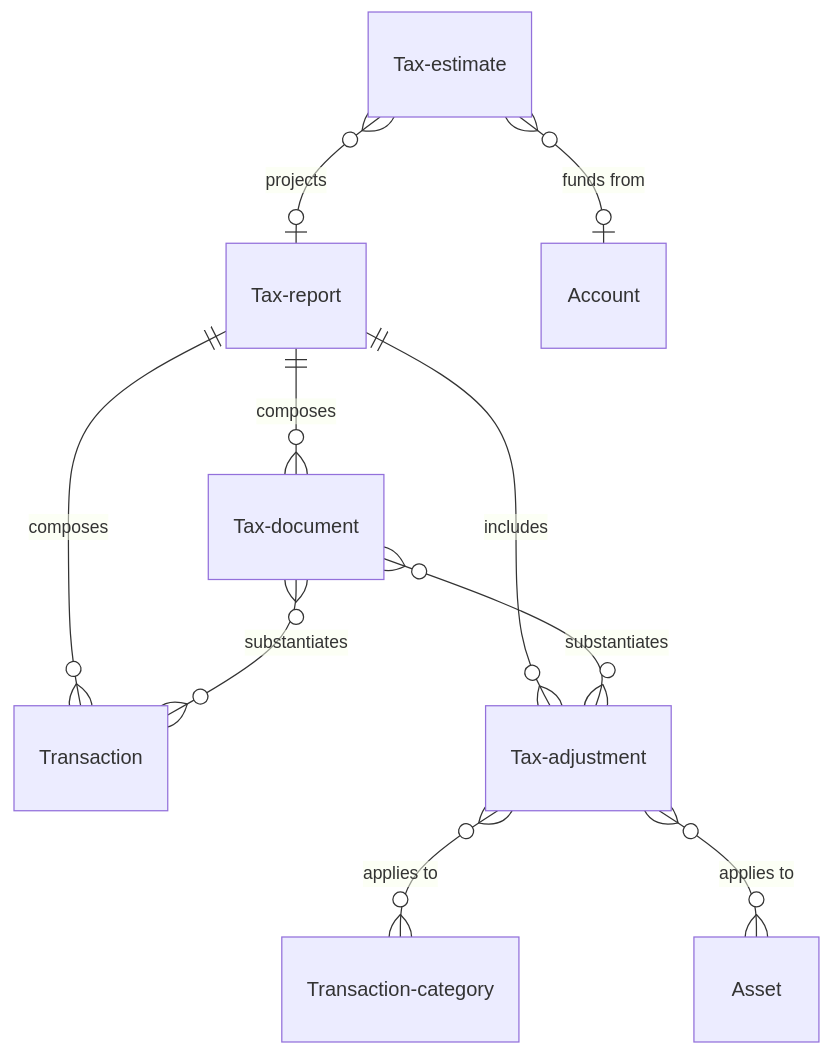
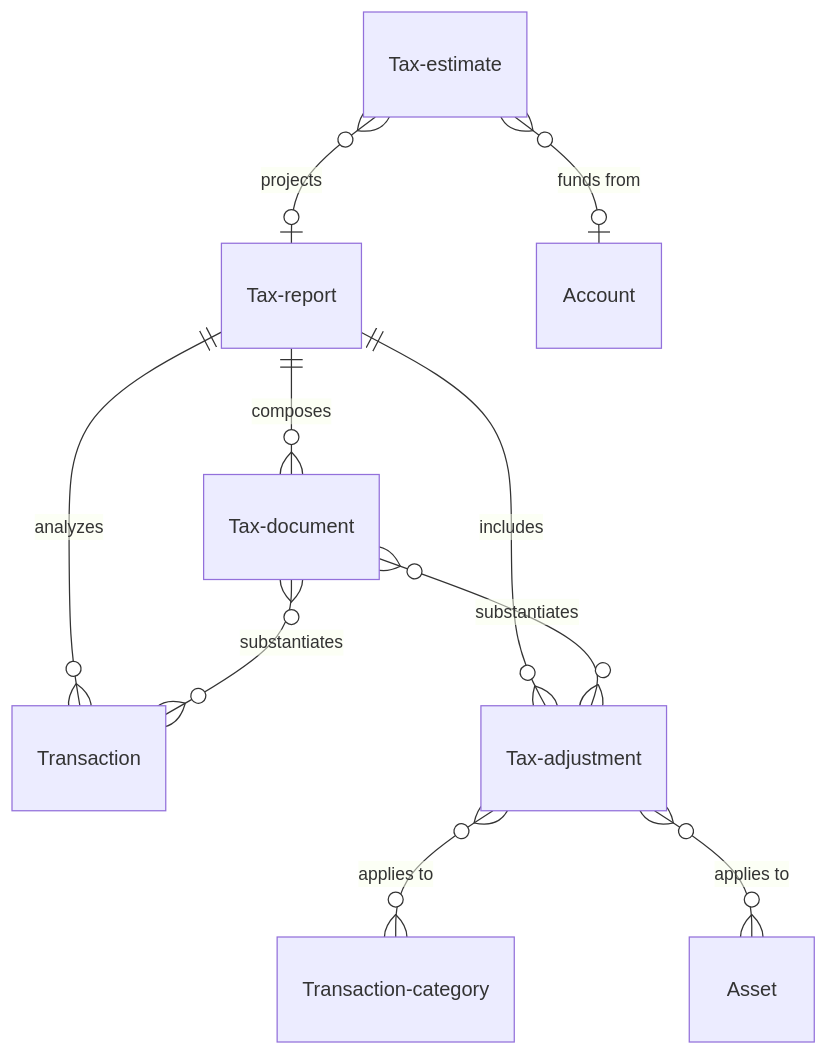
One commit to billdingwall/open-finance changed the third of 7 diagrams in docs/_refinement/r6-review.md. Above: the diagram before and after it, drawn with Mermaid. The commit also changed other lines of this file and 3 other files, not shown here.

Commit message:
refactor: standardize object schemas, naming conventions, and transaction logic in documentation

````diff
--- a/docs/_refinement/r6-review.md
+++ b/docs/_refinement/r6-review.md
@@ -534,12 +590,12 @@
 ```mermaid
 erDiagram
-    Tax-report ||--o{ Transaction : "composes"
+    Tax-report ||--o{ Transaction : "analyzes"
     Tax-report ||--o{ Tax-adjustment : "includes"
     Tax-report ||--o{ Tax-document : "composes"
     Tax-adjustment }o--o{ Transaction-category : "applies to"
     Tax-adjustment }o--o{ Asset : "applies to"
     Tax-estimate }o--o| Tax-report : "projects"
     Tax-estimate }o--o| Account : "funds from"
     Tax-document }o--o{ Transaction : "substantiates"
     Tax-document }o--o{ Tax-adjustment : "substantiates"
 ```
````
